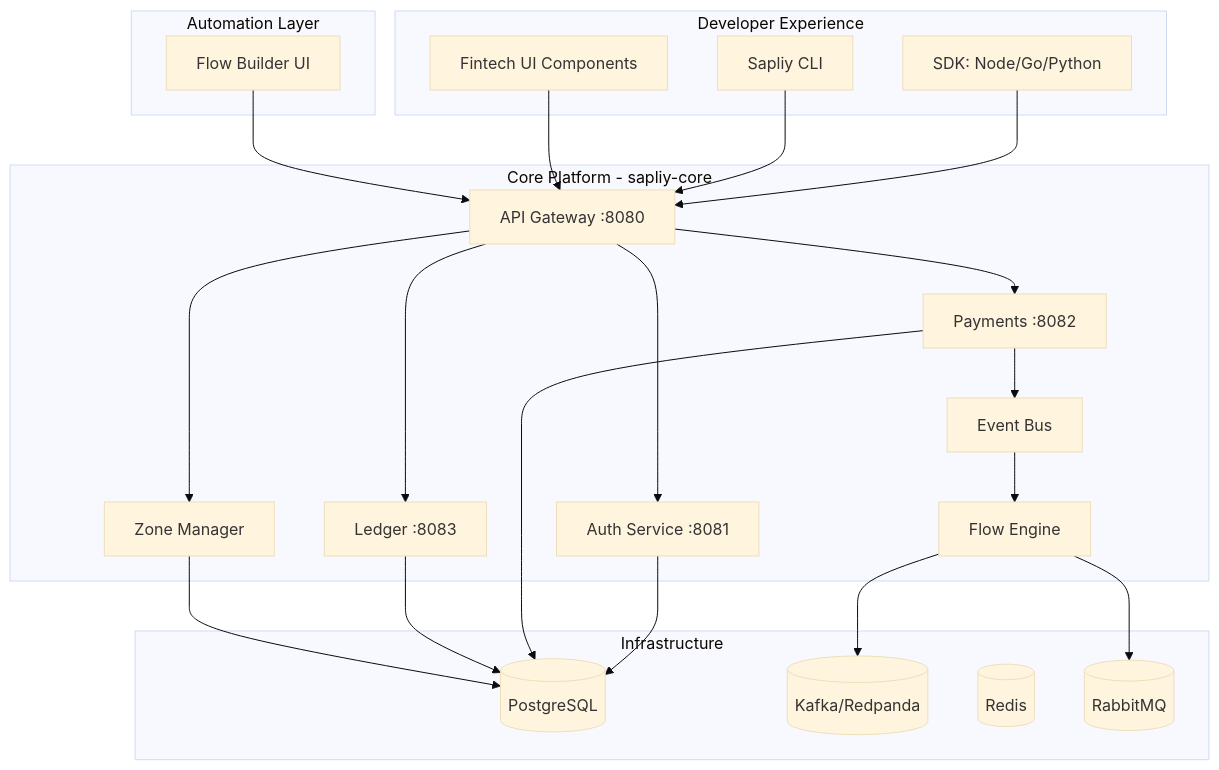
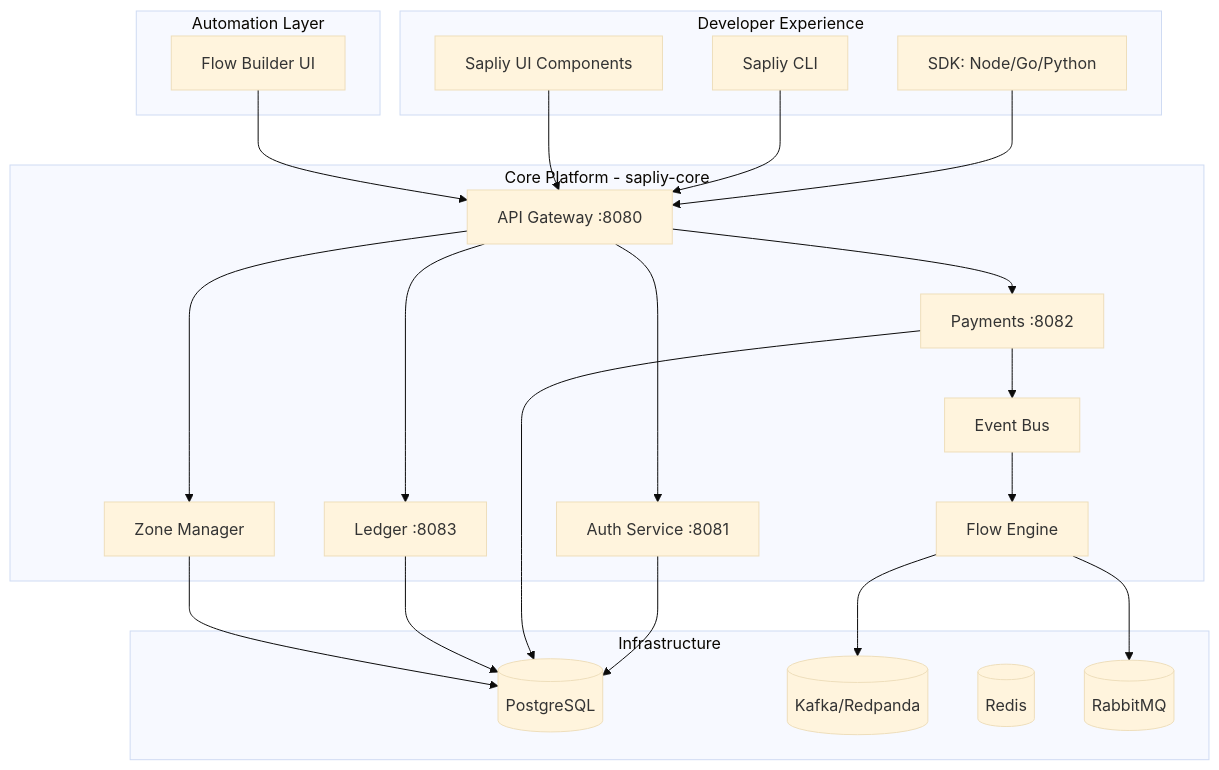
One commit to marwan562/fintech-ecosystem changed the second of 2 diagrams in ARCHITECTURE.md. Above: the diagram before and after it, drawn with Mermaid (base theme). The commit also changed other lines of this file and 109 other files, not shown here.

First line of the commit message:
feat: add playbook engine, tenant model, and helm charts; rebrand to sapliy

````diff
--- a/ARCHITECTURE.md
+++ b/ARCHITECTURE.md
@@ -158,49 +158,49 @@
 ```mermaid
 graph TB
     subgraph "Developer Experience"
         SDK[SDK: Node/Go/Python]
         CLI[Sapliy CLI]
-        UI[Fintech UI Components]
+        UI[Sapliy UI Components]
     end
 
     subgraph "Automation Layer"
         FlowBuilder[Flow Builder UI]
     end
 
     subgraph "Core Platform - sapliy-core"
         Gateway[API Gateway :8080]
         Auth[Auth Service :8081]
         Payments[Payments :8082]
         Ledger[Ledger :8083]
         Zones[Zone Manager]
         FlowEngine[Flow Engine]
         Events[Event Bus]
     end
 
     subgraph "Infrastructure"
         PG[(PostgreSQL)]
         Kafka[(Kafka/Redpanda)]
         Redis[(Redis)]
         RMQ[(RabbitMQ)]
     end
 
     SDK --> Gateway
     CLI --> Gateway
     UI --> Gateway
     FlowBuilder --> Gateway
 
     Gateway --> Auth
     Gateway --> Zones
     Gateway --> Payments
     Gateway --> Ledger
 
     Payments --> Events
     Events --> FlowEngine
     FlowEngine --> Kafka
     FlowEngine --> RMQ
 
     Auth --> PG
     Payments --> PG
     Ledger --> PG
     Zones --> PG
 ```
````
